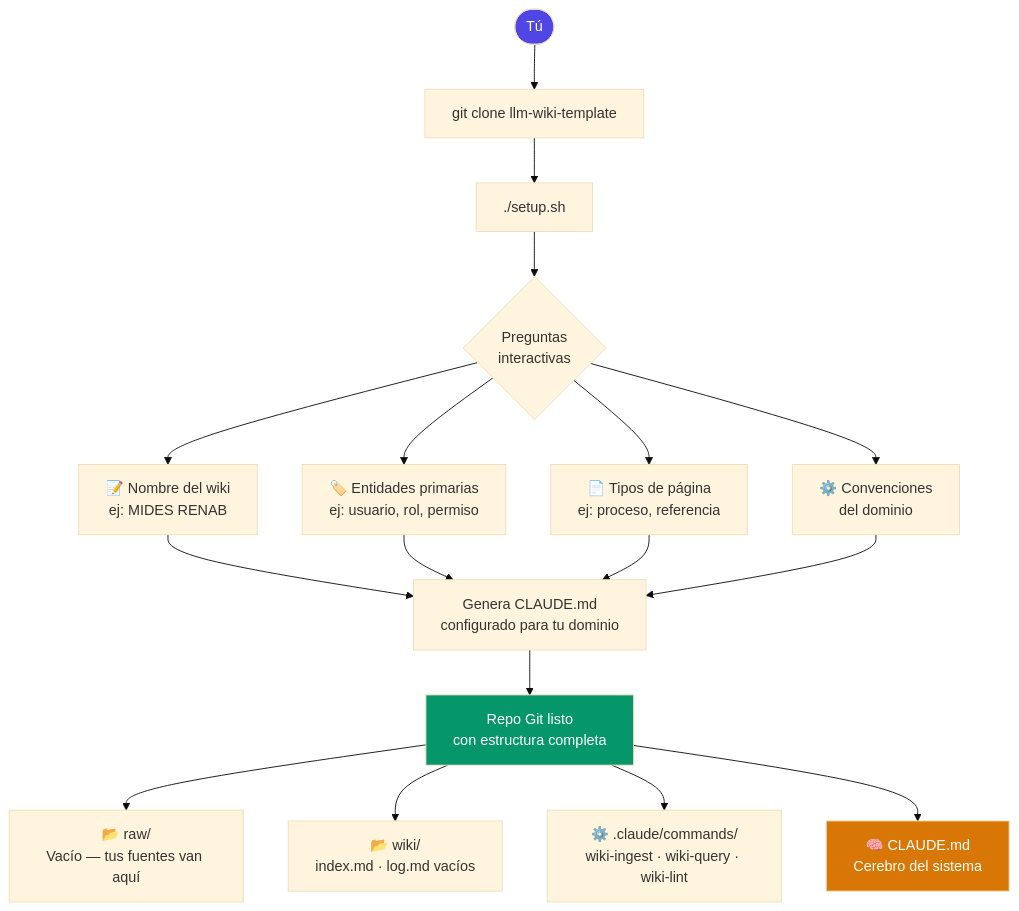
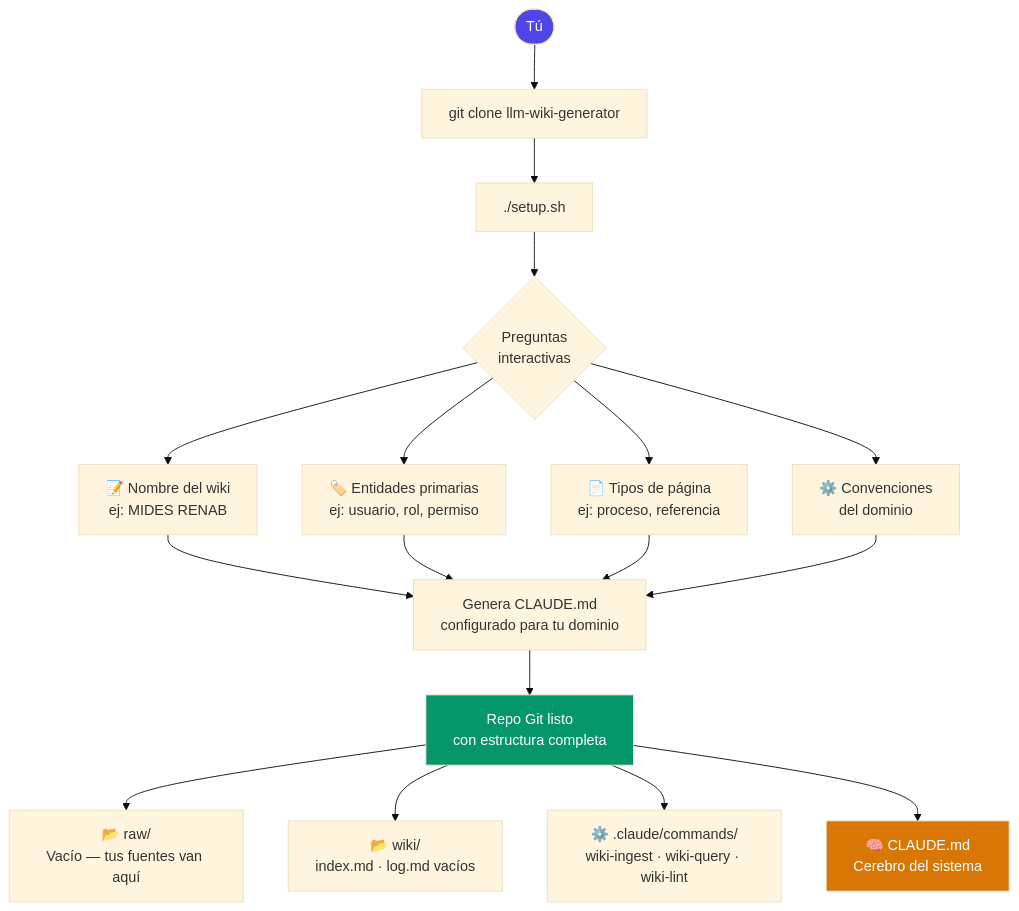
Before and after one commit to DavDaz/llm-wiki-template: the first of 2 diagrams in README.md, drawn with Mermaid (base theme). The commit also changed other lines of this file and 3 other files, not shown here.

````diff
--- a/README.md
+++ b/README.md
@@ -13,24 +13,24 @@
 ```mermaid
 flowchart TD
-    A([Tú]) --> B["git clone llm-wiki-template"]
+    A([Tú]) --> B["git clone llm-wiki-generator"]
     B --> C["./setup.sh"]
 
     C --> D{"Preguntas<br/>interactivas"}
     D --> D1["📝 Nombre del wiki<br/>ej: MIDES RENAB"]
     D --> D2["🏷️ Entidades primarias<br/>ej: usuario, rol, permiso"]
     D --> D3["📄 Tipos de página<br/>ej: proceso, referencia"]
     D --> D4["⚙️ Convenciones<br/>del dominio"]
 
     D1 & D2 & D3 & D4 --> E["Genera CLAUDE.md<br/>configurado para tu dominio"]
 
     E --> F["Repo Git listo<br/>con estructura completa"]
 
     F --> G["📂 raw/<br/>Vacío — tus fuentes van aquí"]
     F --> H["📂 wiki/<br/>index.md · log.md vacíos"]
     F --> I["⚙️ .claude/commands/<br/>wiki-ingest · wiki-query · wiki-lint"]
     F --> J["🧠 CLAUDE.md<br/>Cerebro del sistema"]
 
     style A fill:#4f46e5,color:#fff
     style F fill:#059669,color:#fff
     style J fill:#d97706,color:#fff
 ```
````
